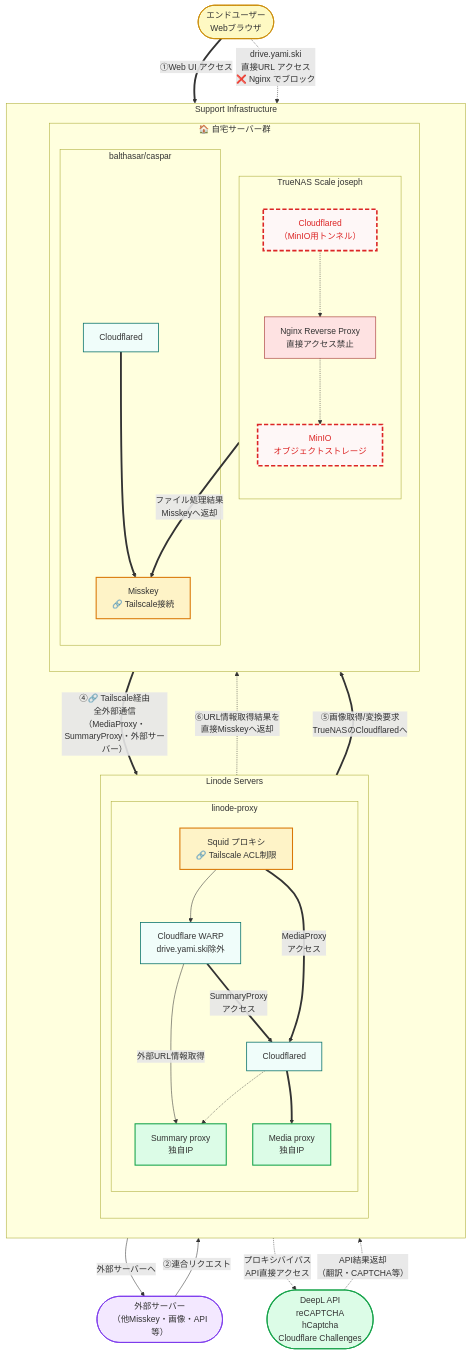
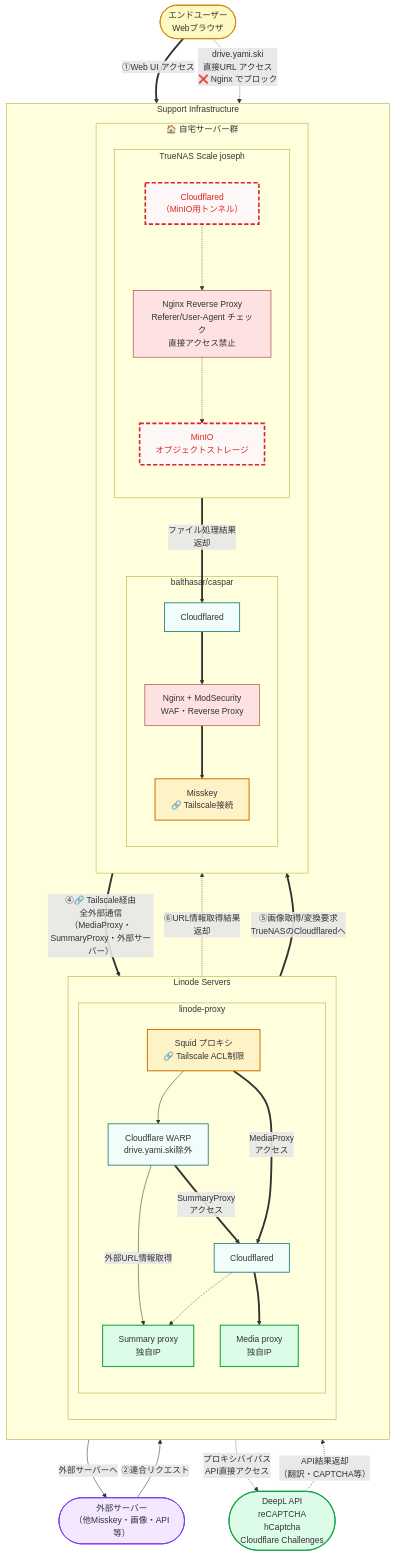
Before and after one commit to yamisskey-dev/hosted-list: the fifth of 5 diagrams in README.md, drawn with Mermaid.

```diff
--- a/README.md
+++ b/README.md
@@ -486,13 +486,14 @@
     subgraph homeservers[🏠 自宅サーバー群]
         direction TB
         subgraph balthasar_caspar[balthasar/caspar]
+            nginx_misskey[Nginx + ModSecurity<br/>WAF・Reverse Proxy]:::security
             yamisskey[Misskey<br/>🔗 Tailscale接続]:::tailscale
             cloudflared_bc[Cloudflared]:::cloudflare
         end
         
         subgraph truenas[TrueNAS Scale joseph]
             direction TB
-            nginx_minio[Nginx Reverse Proxy<br/>直接アクセス禁止]:::security
+            nginx_minio[Nginx Reverse Proxy<br/>Referer/User-Agent チェック<br/>直接アクセス禁止]:::security
             minio[MinIO<br/>オブジェクトストレージ]:::excludeHome
             cloudflared_home[Cloudflared<br/>（MinIO用トンネル）]:::excludeHome
         end
@@ -501,7 +502,8 @@
 
 %% エンドユーザーのアクセス経路（太線）
 enduser ==>|"①Web UI アクセス"| cloudflared_bc
-cloudflared_bc ==> yamisskey
+cloudflared_bc ==> nginx_misskey
+nginx_misskey ==> yamisskey
 
 %% 外部サーバーからの連合リクエスト（通常線）
 external_servers -->|"②連合リクエスト"| cloudflared_bc
@@ -522,11 +524,11 @@
 squid ==>|"MediaProxy<br/>アクセス"| cloudflared_p
 cloudflared_home -.-> nginx_minio
 nginx_minio -.-> minio
-cloudflared_home ==>|"ファイル処理結果<br/>Misskeyへ返却"| yamisskey
+cloudflared_home ==>|"ファイル処理結果<br/>返却"| cloudflared_bc
 
 %% === MediaProxy・SummaryProxy のルート修正（MediaProxyのみ太線） ===
 mediaproxy ==>|"⑤画像取得/変換要求<br/>TrueNASのCloudflaredへ"| cloudflared_home
-summaryproxy -.->|"⑥URL情報取得結果を<br/>直接Misskeyへ返却"| yamisskey
+summaryproxy -.->|"⑥URL情報取得結果<br/>返却"| cloudflared_bc
 
 %% プロキシバイパス対象（特定APIサービス）
 yamisskey -.->|"プロキシバイパス<br/>API直接アクセス"| bypass_services
```
